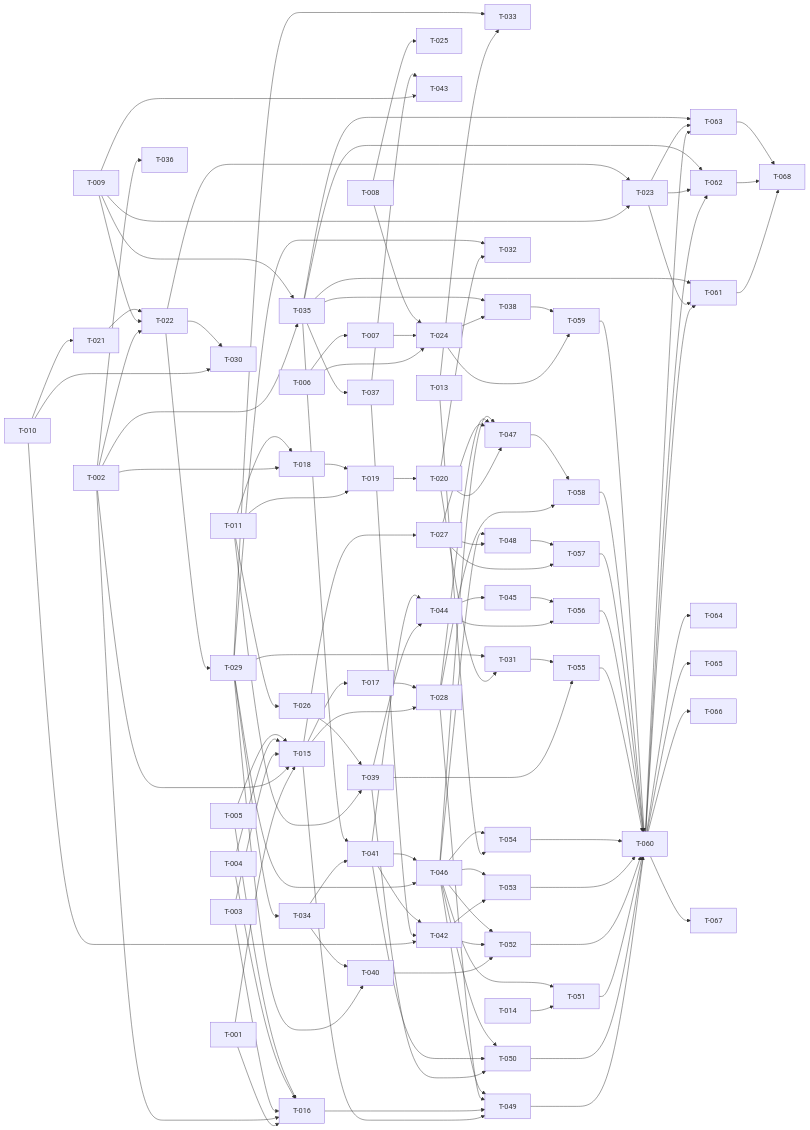
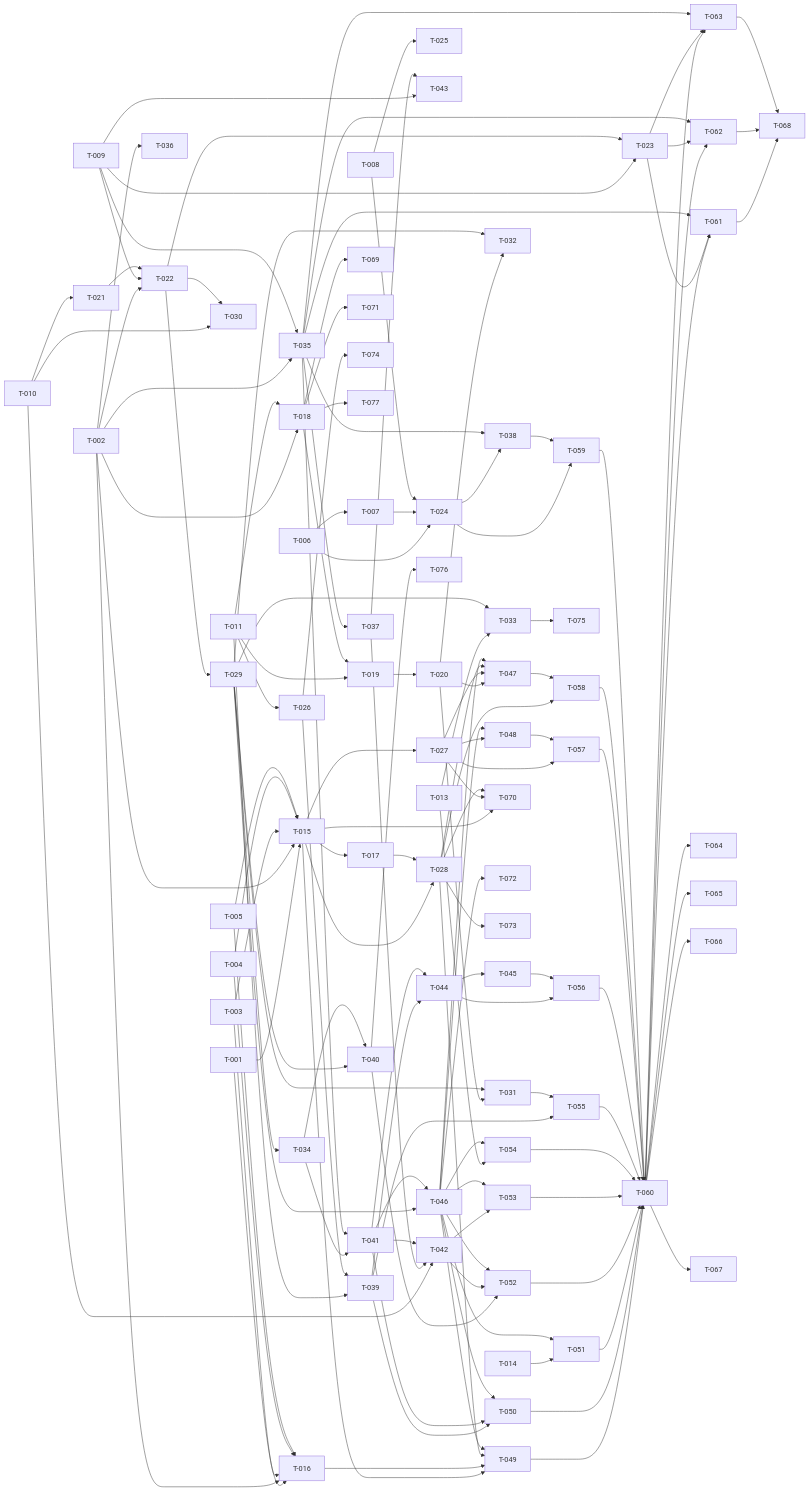
One commit to istonikula/gloggy changed the diagram in context/plans/build-site.md. Above: the diagram before and after it, drawn with Mermaid. The commit also changed other lines of this file, not shown here.

````diff
--- a/context/plans/build-site.md
+++ b/context/plans/build-site.md
@@ -256,4 +272,15 @@
     T-061 --> T-068
     T-062 --> T-068
     T-063 --> T-068
+    T-018 --> T-069
+    T-015 --> T-070
+    T-027 --> T-070
+    T-028 --> T-070
+    T-018 --> T-071
+    T-046 --> T-072
+    T-028 --> T-073
+    T-026 --> T-074
+    T-033 --> T-075
+    T-040 --> T-076
+    T-018 --> T-077
 ```
````
